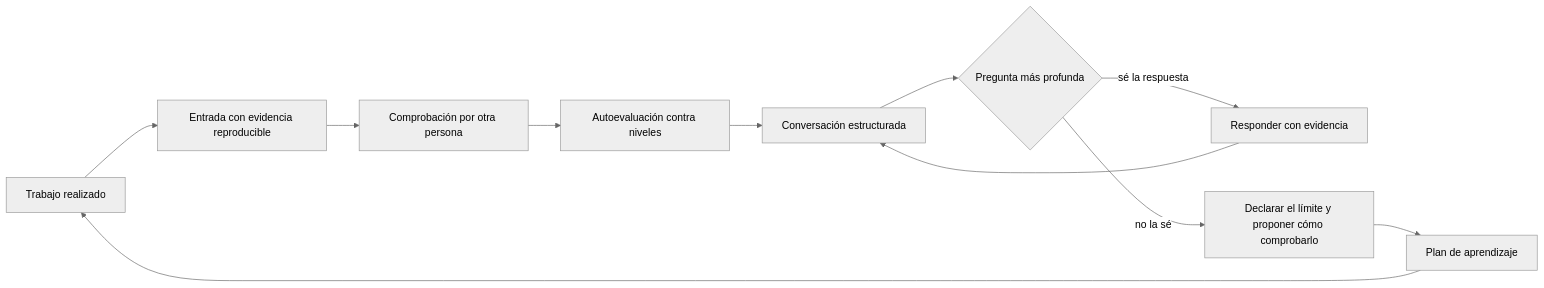
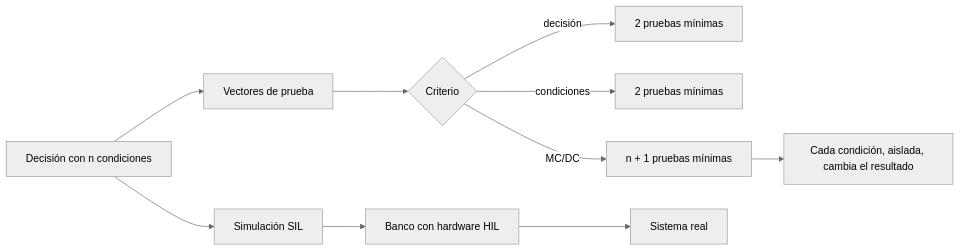
The diagram in content/part-37/SE-454.md (vladimiracunadev-create/modern-software-engineering-program), drawn with Mermaid (neutral theme) before and after one commit. The commit also changed other lines of this file and 5193 other files, not shown here.

````diff
--- a/content/part-37/SE-454.md
+++ b/content/part-37/SE-454.md
@@ -57,13 +58,12 @@
 ```mermaid
 flowchart LR
-    A[Trabajo realizado] --> B[Entrada con evidencia reproducible]
-    B --> C[Comprobación por otra persona]
-    C --> D[Autoevaluación contra niveles]
-    D --> E[Conversación estructurada]
-    E --> F{Pregunta más profunda}
-    F -->|sé la respuesta| G[Responder con evidencia]
-    F -->|no la sé| H[Declarar el límite y proponer cómo comprobarlo]
-    G --> E
-    H --> I[Plan de aprendizaje]
-    I --> A
+    A[Decisión con n condiciones] --> B[Vectores de prueba]
+    B --> C{Criterio}
+    C -->|decisión| D[2 pruebas mínimas]
+    C -->|condiciones| E[2 pruebas mínimas]
+    C -->|MC/DC| F[n + 1 pruebas mínimas]
+    F --> G[Cada condición, aislada, cambia el resultado]
+    A --> H[Simulación SIL]
+    H --> I[Banco con hardware HIL]
+    I --> J[Sistema real]
 ```
````
